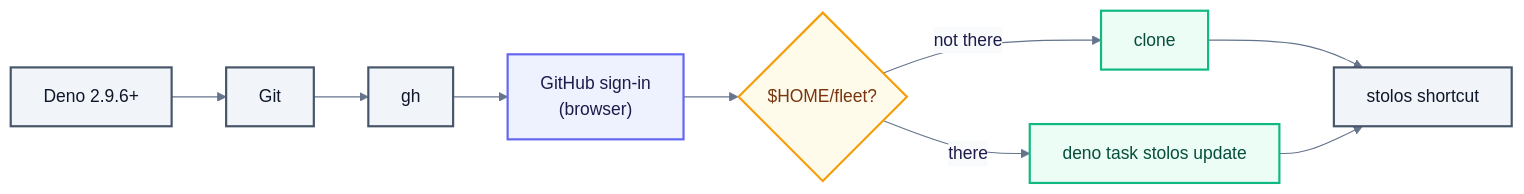
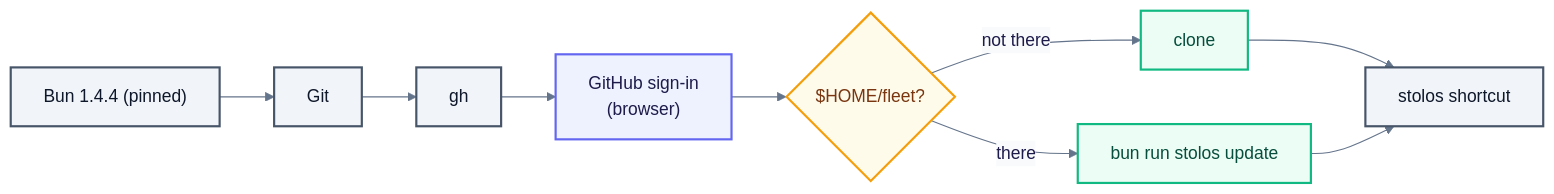
The third of 6 diagrams in README.md (intellectual-frontiers/stolos), drawn with Mermaid before and after one commit. The commit also changed other lines of this file and 85 other files, not shown here.

````diff
--- a/README.md
+++ b/README.md
@@ -114,24 +115,24 @@
 ```mermaid
 ---
 config:
   theme: base
   themeVariables:
     primaryColor: "#EEF2FF"
     primaryBorderColor: "#6366F1"
     primaryTextColor: "#1E1B4B"
     lineColor: "#64748B"
     edgeLabelBackground: "#F8FAFC"
 ---
 flowchart LR
-  D["Deno 2.9.6+"]:::step --> G["Git"]:::step --> H["gh"]:::step
+  D["Bun 1.4.4 (pinned)"]:::step --> G["Git"]:::step --> H["gh"]:::step
   H --> S["GitHub sign-in<br/>(browser)"]:::you
   S --> F{"$HOME/fleet?"}:::gh
   F -- "not there" --> C["clone"]:::ok
-  F -- "there" --> U["deno task stolos update"]:::ok
+  F -- "there" --> U["bun run stolos update"]:::ok
   C --> K["stolos shortcut"]:::step
   U --> K
   classDef step fill:#F1F5F9,stroke:#475569,stroke-width:2px,color:#0F172A
   classDef you fill:#EEF2FF,stroke:#6366F1,stroke-width:2px,color:#1E1B4B
   classDef gh fill:#FFFBEB,stroke:#F59E0B,stroke-width:2px,color:#78350F
   classDef ok fill:#ECFDF5,stroke:#10B981,stroke-width:2px,color:#064E3B
 ```
````
